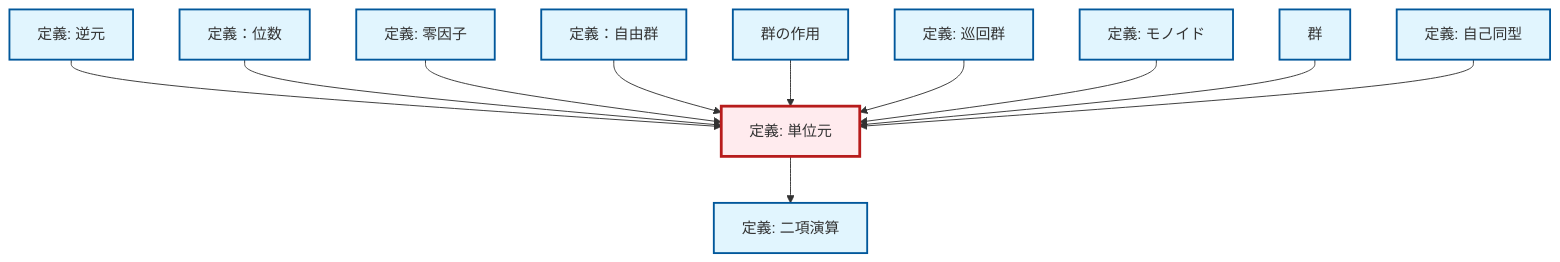
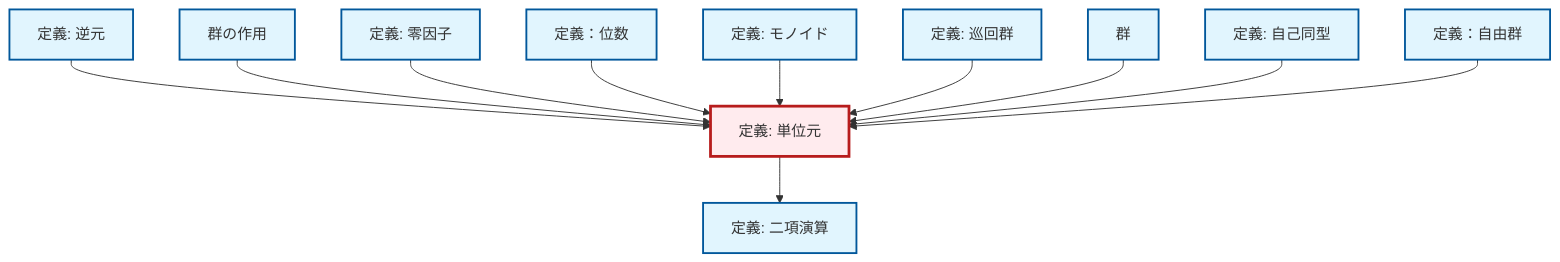
One commit to RK0429/ModernMath changed the diagram in content/ja/algebra/def-identity-element.qmd. Above: the diagram before and after it, drawn with Mermaid. The commit also changed other lines of this file and 328 other files, not shown here.

````diff
--- a/content/ja/algebra/def-identity-element.qmd
+++ b/content/ja/algebra/def-identity-element.qmd
@@ -81,41 +81,41 @@
 ```{mermaid}
 %%| fig-cap: "ローカル依存関係グラフ"
 graph TD
     classDef definition fill:#e1f5fe,stroke:#01579b,stroke-width:2px
     classDef theorem fill:#f3e5f5,stroke:#4a148c,stroke-width:2px
     classDef axiom fill:#fff3e0,stroke:#e65100,stroke-width:2px
     classDef example fill:#e8f5e9,stroke:#1b5e20,stroke-width:2px
     classDef current fill:#ffebee,stroke:#b71c1c,stroke-width:3px
+    def-zero-divisor["定義: 零因子"]:::definition
+    def-automorphism["定義: 自己同型"]:::definition
+    def-identity-element["定義: 単位元"]:::definition
+    def-group-action["群の作用"]:::definition
+    def-order["定義：位数"]:::definition
+    def-cyclic-group["定義: 巡回群"]:::definition
     def-inverse-element["定義: 逆元"]:::definition
-    def-cyclic-group["定義: 巡回群"]:::definition
-    def-order["定義：位数"]:::definition
+    def-group["群"]:::definition
     def-binary-operation["定義: 二項演算"]:::definition
-    def-automorphism["定義: 自己同型"]:::definition
     def-monoid["定義: モノイド"]:::definition
     def-free-group["定義：自由群"]:::definition
-    def-zero-divisor["定義: 零因子"]:::definition
-    def-identity-element["定義: 単位元"]:::definition
-    def-group["群"]:::definition
-    def-group-action["群の作用"]:::definition
     def-inverse-element --> def-identity-element
+    def-group-action --> def-identity-element
+    def-zero-divisor --> def-identity-element
     def-order --> def-identity-element
-    def-zero-divisor --> def-identity-element
-    def-free-group --> def-identity-element
-    def-group-action --> def-identity-element
+    def-identity-element --> def-binary-operation
+    def-monoid --> def-identity-element
     def-cyclic-group --> def-identity-element
-    def-monoid --> def-identity-element
-    def-identity-element --> def-binary-operation
     def-group --> def-identity-element
     def-automorphism --> def-identity-element
+    def-free-group --> def-identity-element
     class def-identity-element current
+    click def-zero-divisor "def-zero-divisor.html" "零因子の定義へ"
+    click def-automorphism "def-automorphism.html" "自己同型の定義へ"
+    click def-group-action "def-group-action.html" "群の作用へ"
+    click def-order "def-order.html" "定義：位数へ"
+    click def-cyclic-group "def-cyclic-group.html" "巡回群の定義へ"
     click def-inverse-element "def-inverse-element.html" "逆元の定義へ"
-    click def-cyclic-group "def-cyclic-group.html" "巡回群の定義へ"
-    click def-order "def-order.html" "定義：位数へ"
+    click def-group "def-group.html" "群へ"
     click def-binary-operation "def-binary-operation.html" "二項演算の定義へ"
-    click def-automorphism "def-automorphism.html" "自己同型の定義へ"
     click def-monoid "def-monoid.html" "モノイドの定義へ"
     click def-free-group "def-free-group.html" "定義：自由群へ"
-    click def-zero-divisor "def-zero-divisor.html" "零因子の定義へ"
-    click def-group "def-group.html" "群へ"
-    click def-group-action "def-group-action.html" "群の作用へ"
 ```
````
